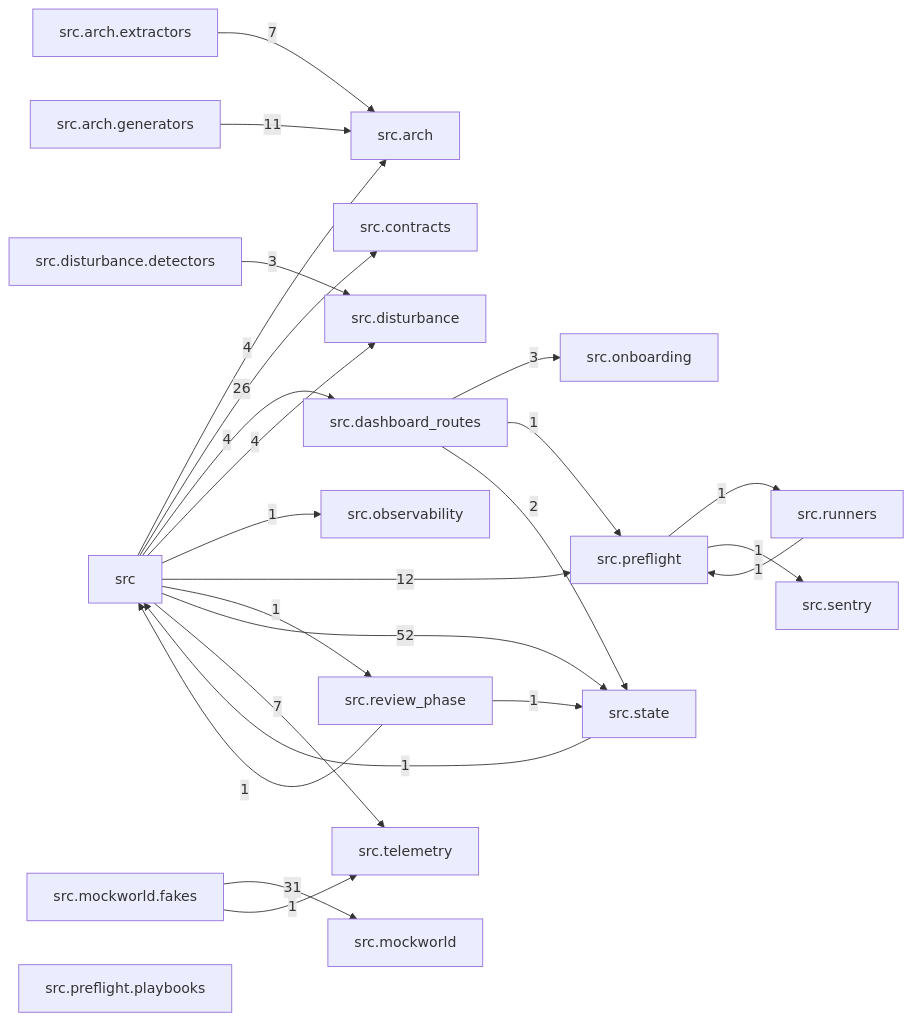
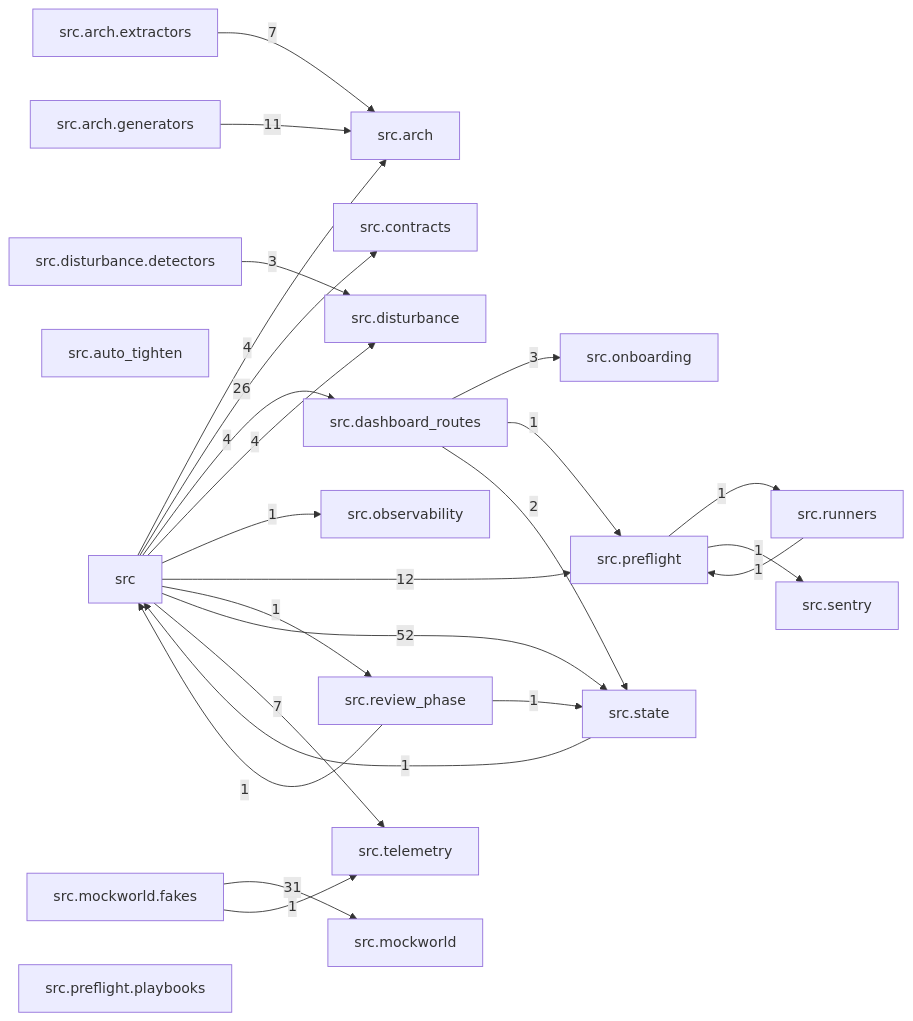
One commit to T-rav/hydraflow changed the diagram in docs/arch/generated/modules.md. Above: the diagram before and after it, drawn with Mermaid. The commit also changed 6 other files, not shown here.

Commit message:
feat(auto-tighten): add core models

````diff
--- a/docs/arch/generated/modules.md
+++ b/docs/arch/generated/modules.md
@@ -7,45 +7,46 @@
 ```mermaid
 graph LR
     src["src"]
     src_arch["src.arch"]
     src_arch_extractors["src.arch.extractors"]
     src_arch_generators["src.arch.generators"]
+    src_auto_tighten["src.auto_tighten"]
     src_contracts["src.contracts"]
     src_dashboard_routes["src.dashboard_routes"]
     src_disturbance["src.disturbance"]
     src_disturbance_detectors["src.disturbance.detectors"]
     src_mockworld["src.mockworld"]
     src_mockworld_fakes["src.mockworld.fakes"]
     src_observability["src.observability"]
     src_onboarding["src.onboarding"]
     src_preflight["src.preflight"]
     src_preflight_playbooks["src.preflight.playbooks"]
     src_review_phase["src.review_phase"]
     src_runners["src.runners"]
     src_sentry["src.sentry"]
     src_state["src.state"]
     src_telemetry["src.telemetry"]
     src -- "4" --> src_arch
     src -- "26" --> src_contracts
     src -- "4" --> src_dashboard_routes
     src -- "4" --> src_disturbance
     src -- "1" --> src_observability
     src -- "12" --> src_preflight
     src -- "1" --> src_review_phase
     src -- "52" --> src_state
     src -- "7" --> src_telemetry
     src_arch_extractors -- "7" --> src_arch
     src_arch_generators -- "11" --> src_arch
     src_dashboard_routes -- "3" --> src_onboarding
     src_dashboard_routes -- "1" --> src_preflight
     src_dashboard_routes -- "2" --> src_state
     src_disturbance_detectors -- "3" --> src_disturbance
     src_mockworld_fakes -- "31" --> src_mockworld
     src_mockworld_fakes -- "1" --> src_telemetry
     src_preflight -- "1" --> src_runners
     src_preflight -- "1" --> src_sentry
     src_review_phase -- "1" --> src
     src_review_phase -- "1" --> src_state
     src_runners -- "1" --> src_preflight
     src_state -- "1" --> src
 ```
````
